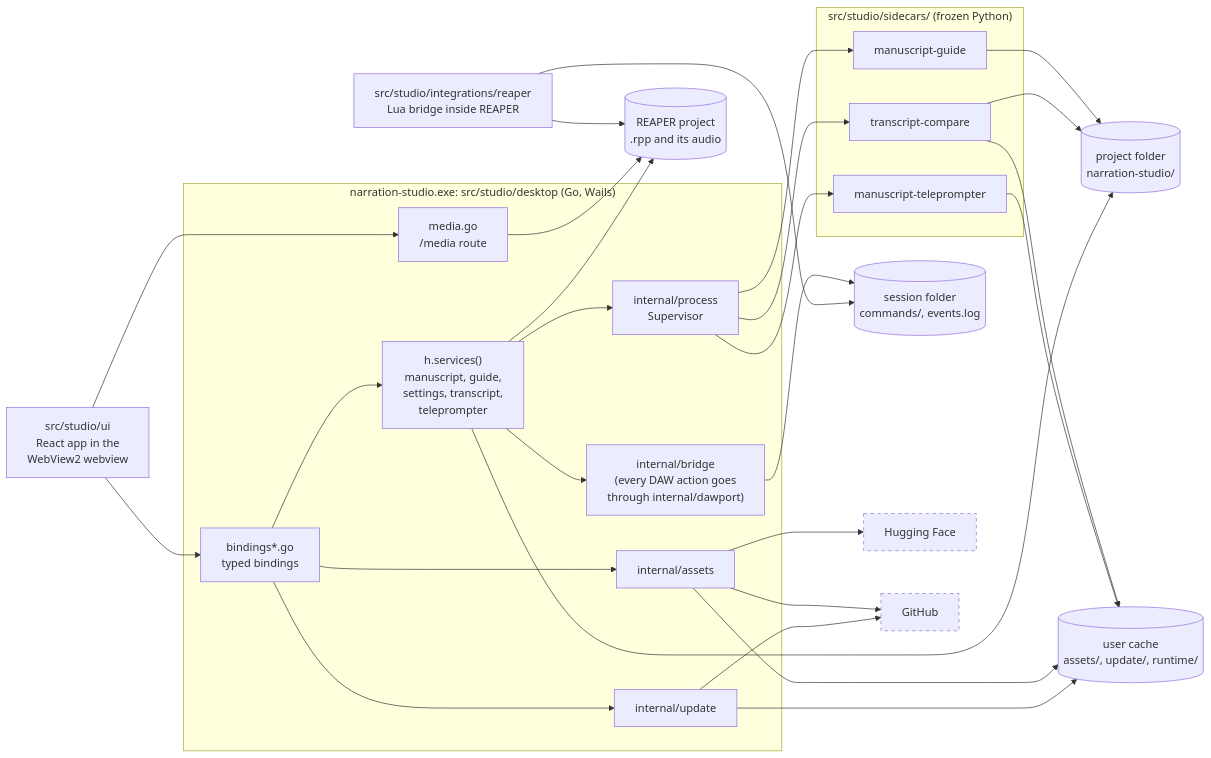
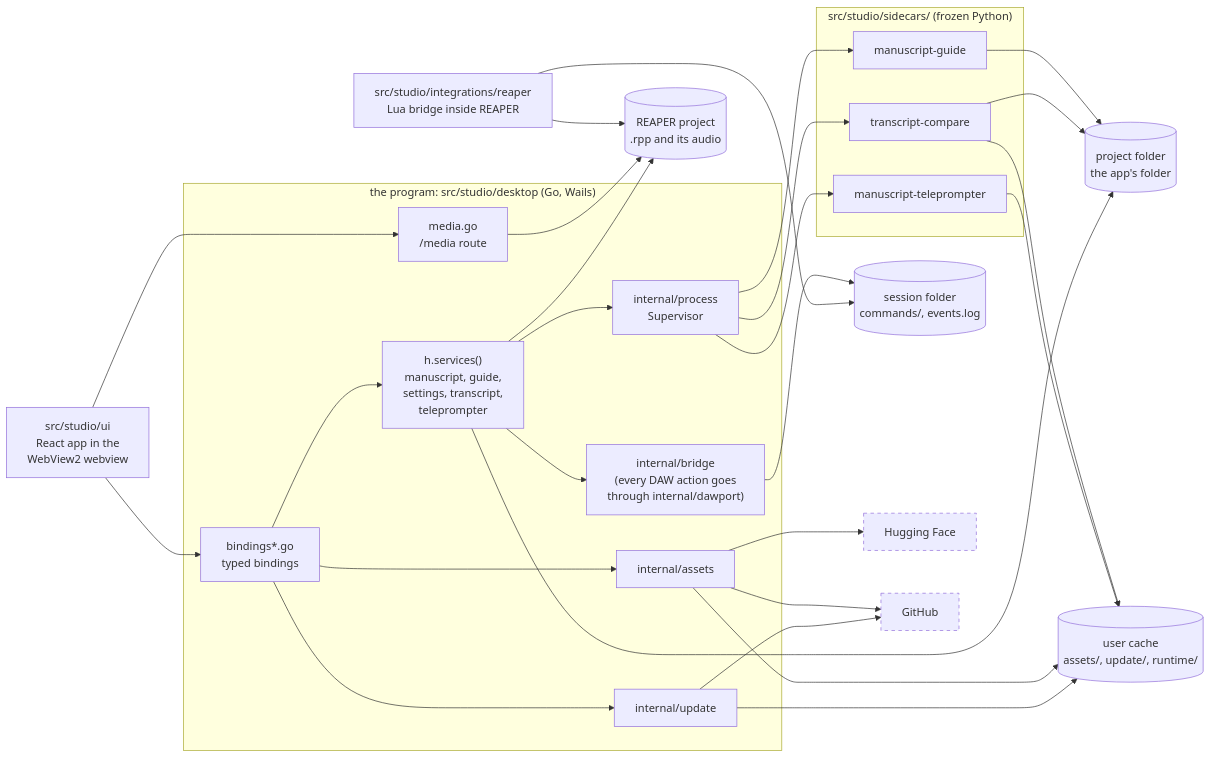
The diagram in docs/architecture/codebase-map.md (countrymanprime/narration-studio), drawn with Mermaid before and after one commit. The commit also changed other lines of this file and 64 other files, not shown here.

````diff
--- a/docs/architecture/codebase-map.md
+++ b/docs/architecture/codebase-map.md
@@ -92,52 +109,52 @@
 ```mermaid
 flowchart LR
   ui["src/studio/ui<br/>React app in the<br/>WebView2 webview"]
-  subgraph host["narration-studio.exe: src/studio/desktop (Go, Wails)"]
+  subgraph host["the program: src/studio/desktop (Go, Wails)"]
     bindings["bindings*.go<br/>typed bindings"]
     services["h.services()<br/>manuscript, guide,<br/>settings, transcript,<br/>teleprompter"]
     assets["internal/assets"]
     update["internal/update"]
     supervisor["internal/process<br/>Supervisor"]
     bridgeclient["internal/bridge<br/>(every DAW action goes<br/>through internal/dawport)"]
     media["media.go<br/>/media route"]
   end
   subgraph sidecars["src/studio/sidecars/ (frozen Python)"]
     guide["manuscript-guide"]
     compare["transcript-compare"]
     teleprompter["manuscript-teleprompter"]
   end
   lua["src/studio/integrations/reaper<br/>Lua bridge inside REAPER"]
   rpp[("REAPER project<br/>.rpp and its audio")]
-  project[("project folder<br/>narration-studio/")]
+  project[("project folder<br/>the app's folder")]
   cache[("user cache<br/>assets/, update/, runtime/")]
   session[("session folder<br/>commands/, events.log")]
   huggingface["Hugging Face"]
   github["GitHub"]
   ui --> bindings
   ui --> media
   bindings --> services
   bindings --> assets
   bindings --> update
   services --> supervisor
   services --> bridgeclient
   supervisor --> guide
   supervisor --> compare
   supervisor --> teleprompter
   guide --> project
   compare --> project
   compare --> cache
   teleprompter --> cache
   bridgeclient --> session
   lua --> session
   media --> rpp
   lua --> rpp
   services --> rpp
   assets --> cache
   assets --> huggingface
   assets --> github
   update --> github
   update --> cache
   services --> project
   classDef offmachine stroke-dasharray: 5 5
   class huggingface,github offmachine
 ```
````
